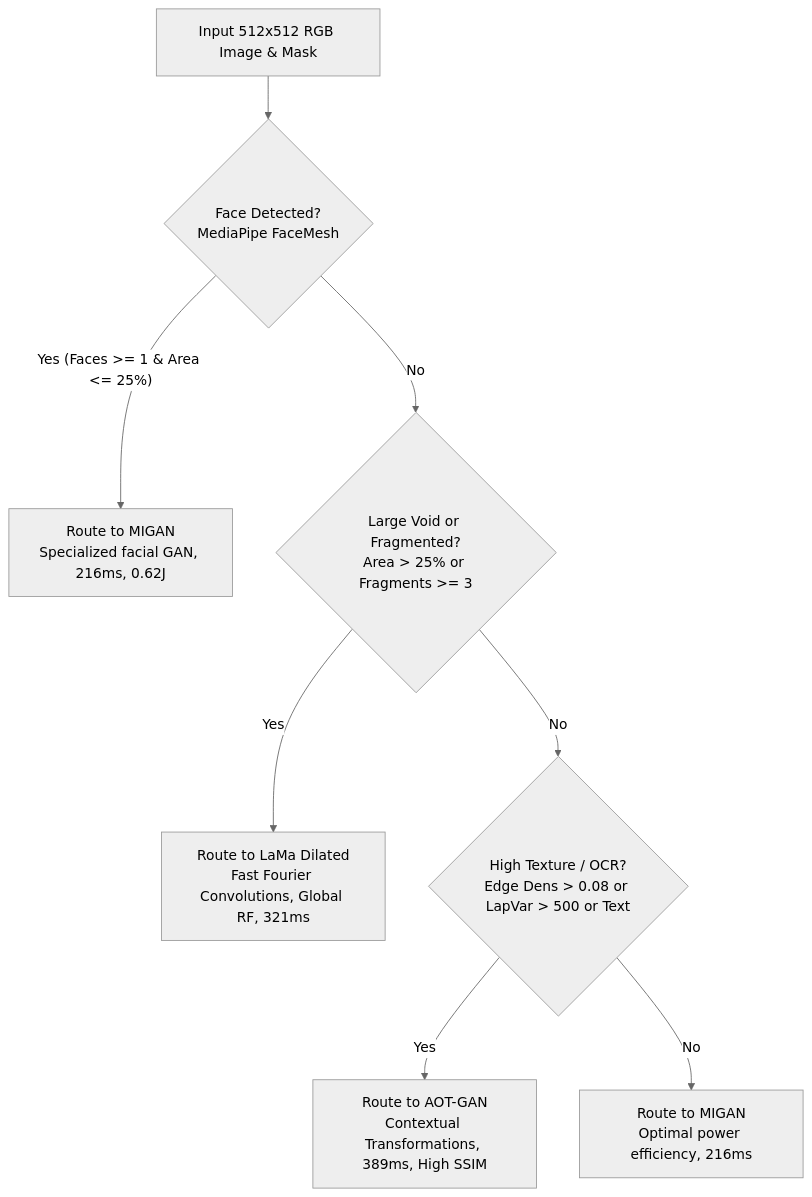
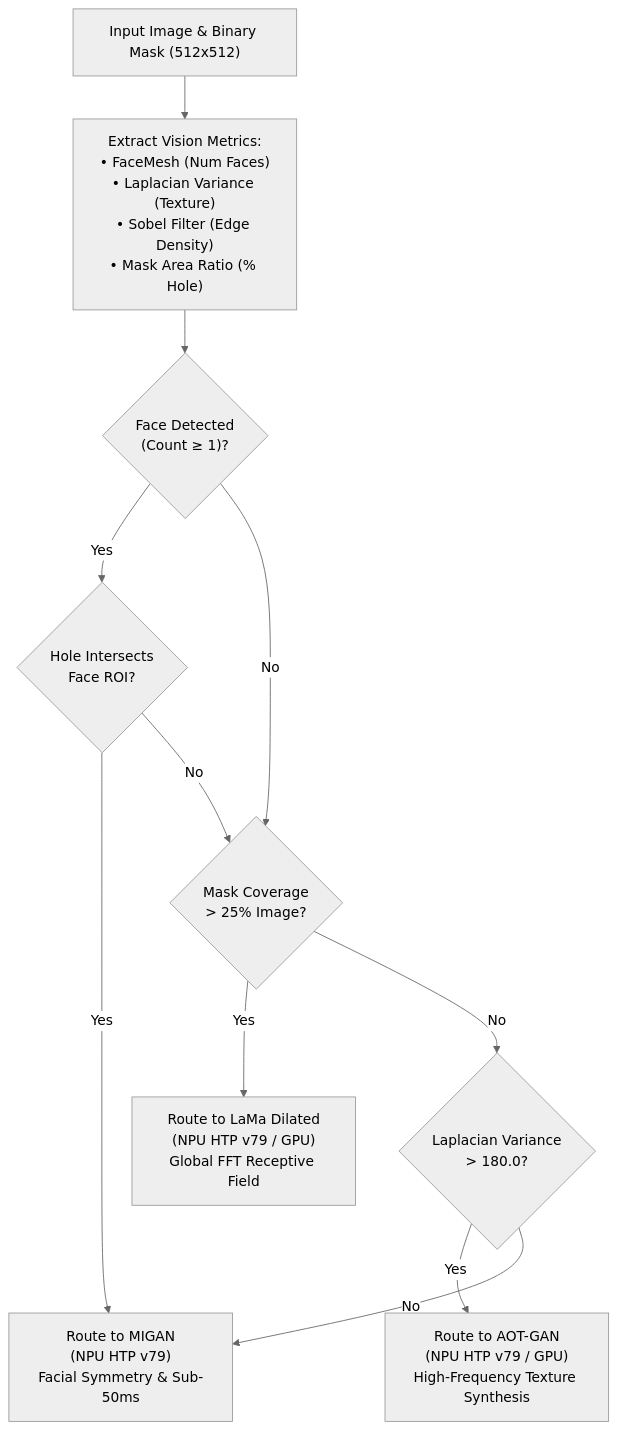
One commit to TheAshSolver/ImageInpainting changed the diagram in SETUP.md. Above: the diagram before and after it, drawn with Mermaid (neutral theme). The commit also changed other lines of this file and 10 other files, not shown here.

````diff
--- a/SETUP.md
+++ b/SETUP.md
@@ -126,10 +184,13 @@
 ```mermaid
-graph TD
-    Input[Input 512x512 RGB Image & Mask] --> DetectFaces{Face Detected?<br/>MediaPipe FaceMesh}
-    DetectFaces -- Yes (Faces >= 1 & Area <= 25%) --> MIGAN1[Route to MIGAN<br/>Specialized facial GAN, 216ms, 0.62J]
-    DetectFaces -- No --> CheckVoid{Large Void or Fragmented?<br/>Area > 25% or Fragments >= 3}
-    CheckVoid -- Yes --> LAMA[Route to LaMa Dilated<br/>Fast Fourier Convolutions, Global RF, 321ms]
-    CheckVoid -- No --> CheckTexture{High Texture / OCR?<br/>Edge Dens > 0.08 or LapVar > 500 or Text}
-    CheckTexture -- Yes --> AOT[Route to AOT-GAN<br/>Contextual Transformations, 389ms, High SSIM]
-    CheckTexture -- No --> MIGAN2[Route to MIGAN<br/>Optimal power efficiency, 216ms]
+flowchart TD
+    Start["Input Image & Binary Mask (512x512)"] --> ExtractFeatures["Extract Vision Metrics:\n• FaceMesh (Num Faces)\n• Laplacian Variance (Texture)\n• Sobel Filter (Edge Density)\n• Mask Area Ratio (% Hole)"]
+    ExtractFeatures --> CheckFace{"Face Detected\n(Count ≥ 1)?"}
+    CheckFace -- Yes --> FaceDecision{"Hole Intersects\nFace ROI?"}
+    FaceDecision -- Yes --> RouteMIGAN["Route to MIGAN\n(NPU HTP v79)\nFacial Symmetry & Sub-50ms"]
+    FaceDecision -- No --> CheckMaskArea
+    CheckFace -- No --> CheckMaskArea{"Mask Coverage\n> 25% Image?"}
+    CheckMaskArea -- Yes --> RouteLAMA["Route to LaMa Dilated\n(NPU HTP v79 / GPU)\nGlobal FFT Receptive Field"]
+    CheckMaskArea -- No --> CheckTexture{"Laplacian Variance\n> 180.0?"}
+    CheckTexture -- Yes --> RouteAOT["Route to AOT-GAN\n(NPU HTP v79 / GPU)\nHigh-Frequency Texture Synthesis"]
+    CheckTexture -- No --> RouteMIGAN
 ```
````
